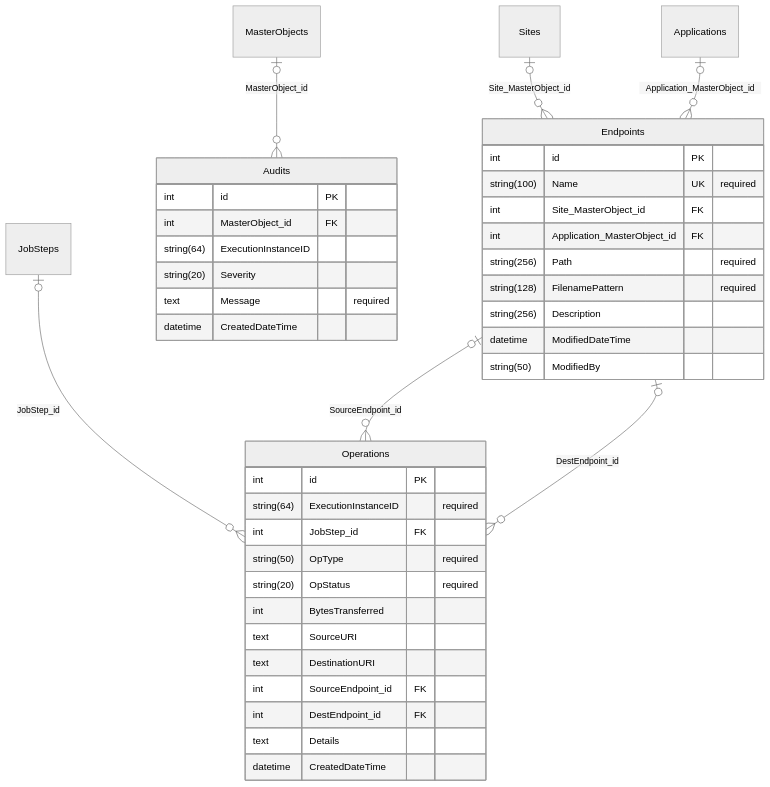
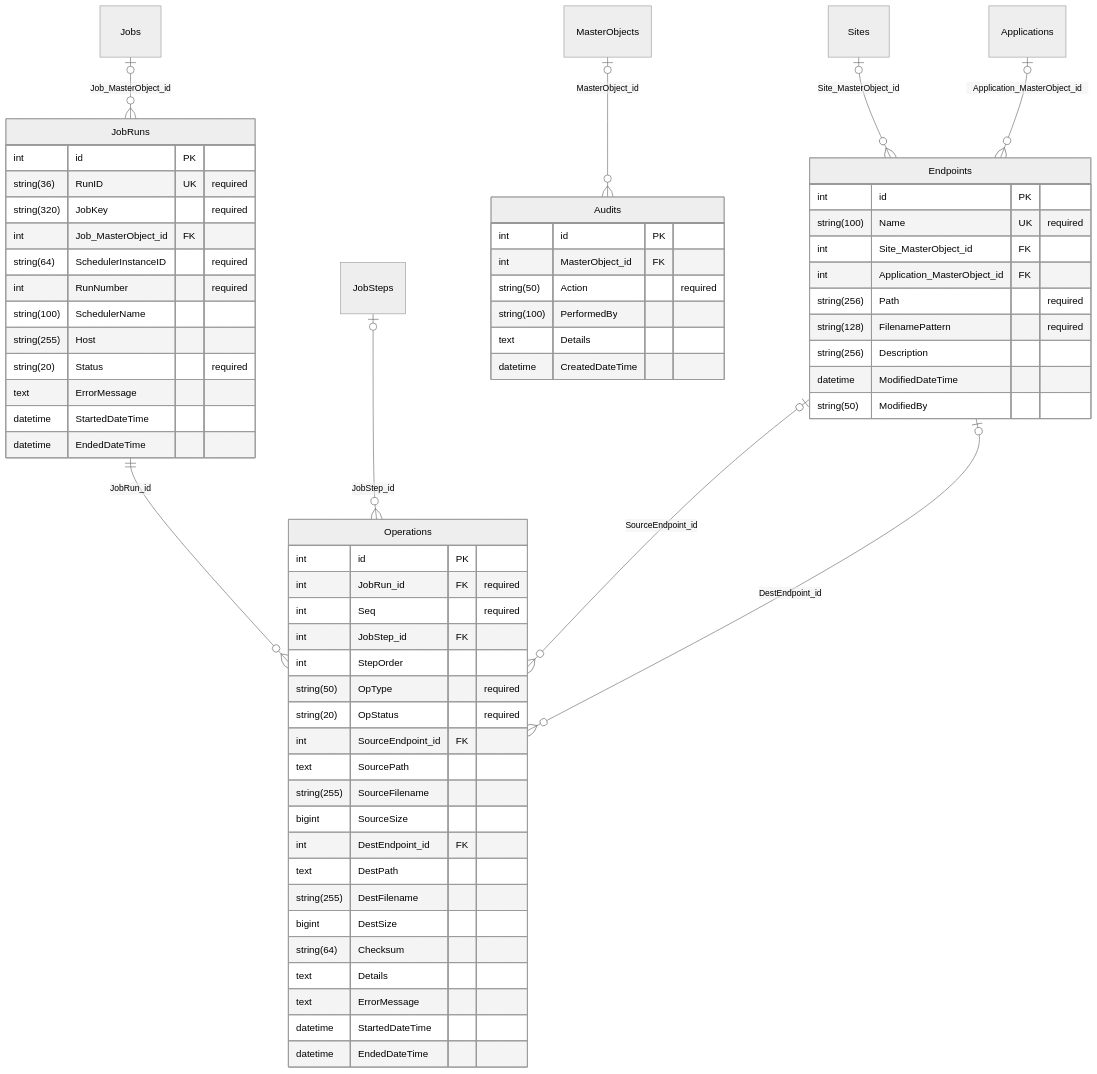
The fourth of 4 diagrams in docs/DB_SCHEMA.md (JayCBoal/AutomationApp), drawn with Mermaid (neutral theme) before and after one commit. The commit also changed other lines of this file and 37 other files, not shown here.

````diff
--- a/docs/DB_SCHEMA.md
+++ b/docs/DB_SCHEMA.md
@@ -161,42 +165,66 @@
 ```mermaid
 erDiagram
     Endpoints {
         int id PK
         string(100) Name UK "required"
         int Site_MasterObject_id FK
         int Application_MasterObject_id FK
         string(256) Path "required"
         string(128) FilenamePattern "required"
         string(256) Description
         datetime ModifiedDateTime
         string(50) ModifiedBy
     }
+    JobRuns {
+        int id PK
+        string(36) RunID UK "required"
+        string(320) JobKey "required"
+        int Job_MasterObject_id FK
+        string(64) SchedulerInstanceID "required"
+        int RunNumber "required"
+        string(100) SchedulerName
+        string(255) Host
+        string(20) Status "required"
+        text ErrorMessage
+        datetime StartedDateTime
+        datetime EndedDateTime
+    }
     Operations {
         int id PK
-        string(64) ExecutionInstanceID "required"
+        int JobRun_id FK "required"
+        int Seq "required"
         int JobStep_id FK
+        int StepOrder
         string(50) OpType "required"
         string(20) OpStatus "required"
-        int BytesTransferred
-        text SourceURI
-        text DestinationURI
         int SourceEndpoint_id FK
+        text SourcePath
+        string(255) SourceFilename
+        bigint SourceSize
         int DestEndpoint_id FK
+        text DestPath
+        string(255) DestFilename
+        bigint DestSize
+        string(64) Checksum
         text Details
-        datetime CreatedDateTime
+        text ErrorMessage
+        datetime StartedDateTime
+        datetime EndedDateTime
     }
     Audits {
         int id PK
         int MasterObject_id FK
-        string(64) ExecutionInstanceID
-        string(20) Severity
-        text Message "required"
+        string(50) Action "required"
+        string(100) PerformedBy
+        text Details
         datetime CreatedDateTime
     }
     MasterObjects |o--o{ Audits : "MasterObject_id"
+    Jobs |o--o{ JobRuns : "Job_MasterObject_id"
     Sites |o--o{ Endpoints : "Site_MasterObject_id"
     Applications |o--o{ Endpoints : "Application_MasterObject_id"
+    JobRuns ||--o{ Operations : "JobRun_id"
     JobSteps |o--o{ Operations : "JobStep_id"
     Endpoints |o--o{ Operations : "SourceEndpoint_id"
     Endpoints |o--o{ Operations : "DestEndpoint_id"
 ```
````
